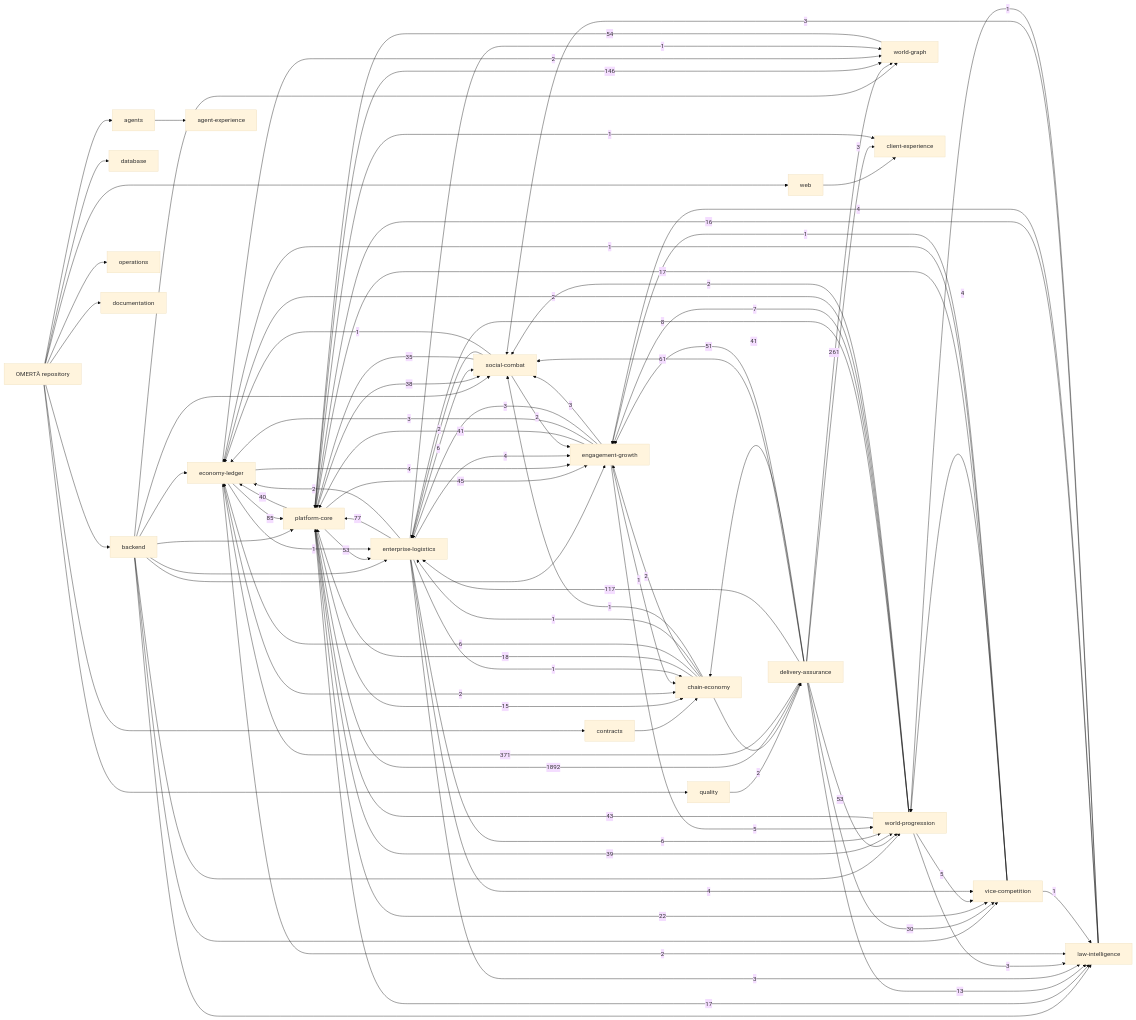
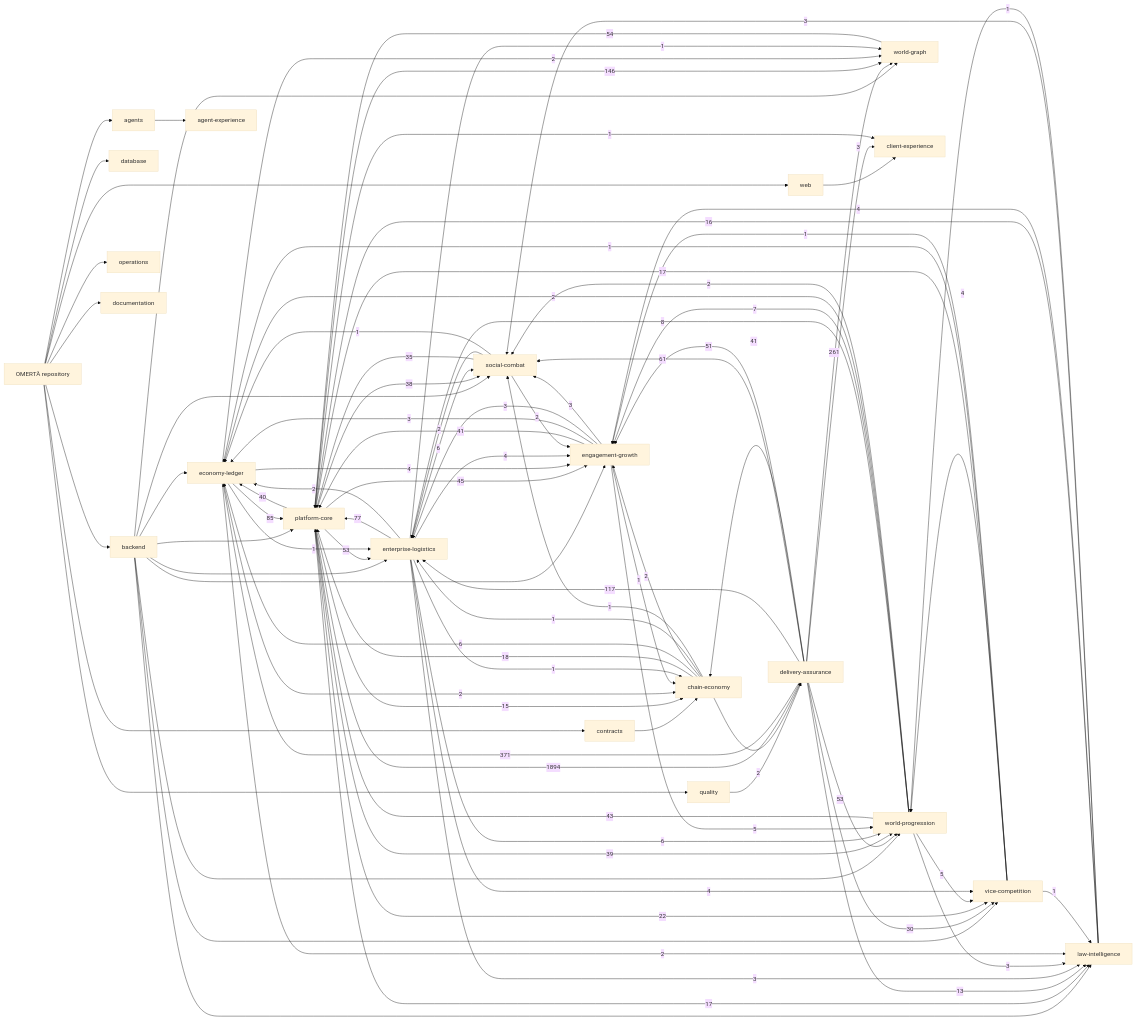
One commit to OmertaDev/Omerta changed the diagram in knowledge/generated/graph.mmd. Above: the diagram before and after it, drawn with Mermaid (base theme). The commit also changed 4 other files, not shown here.

```diff
--- a/knowledge/generated/graph.mmd
+++ b/knowledge/generated/graph.mmd
@@ -1,113 +1,113 @@
 flowchart LR
   repo["OMERTÀ repository"]
   sub_backend["backend"]
   repo --> sub_backend
   sub_database["database"]
   repo --> sub_database
   sub_web["web"]
   repo --> sub_web
   sub_contracts["contracts"]
   repo --> sub_contracts
   sub_agents["agents"]
   repo --> sub_agents
   sub_quality["quality"]
   repo --> sub_quality
   sub_operations["operations"]
   repo --> sub_operations
   sub_documentation["documentation"]
   repo --> sub_documentation
   dom_platform-core["platform-core"]
   dom_economy-ledger["economy-ledger"]
   dom_social-combat["social-combat"]
   dom_world-progression["world-progression"]
   dom_world-graph["world-graph"]
   dom_enterprise-logistics["enterprise-logistics"]
   dom_vice-competition["vice-competition"]
   dom_law-intelligence["law-intelligence"]
   dom_chain-economy["chain-economy"]
   dom_engagement-growth["engagement-growth"]
   dom_client-experience["client-experience"]
   dom_agent-experience["agent-experience"]
   dom_delivery-assurance["delivery-assurance"]
   sub_agents --> dom_agent-experience
   sub_backend --> dom_economy-ledger
   sub_backend --> dom_engagement-growth
   sub_backend --> dom_enterprise-logistics
   sub_backend --> dom_law-intelligence
   sub_backend --> dom_platform-core
   sub_backend --> dom_social-combat
   sub_backend --> dom_vice-competition
   sub_backend --> dom_world-graph
   sub_backend --> dom_world-progression
   sub_contracts --> dom_chain-economy
   sub_quality --> dom_delivery-assurance
   sub_web --> dom_client-experience
-  dom_delivery-assurance -->|1892| dom_platform-core
+  dom_delivery-assurance -->|1894| dom_platform-core
   dom_delivery-assurance -->|371| dom_economy-ledger
   dom_delivery-assurance -->|261| dom_world-graph
   dom_platform-core -->|146| dom_world-graph
   dom_delivery-assurance -->|117| dom_enterprise-logistics
   dom_economy-ledger -->|85| dom_platform-core
   dom_enterprise-logistics -->|77| dom_platform-core
   dom_delivery-assurance -->|61| dom_social-combat
   dom_world-graph -->|54| dom_platform-core
   dom_delivery-assurance -->|53| dom_world-progression
   dom_platform-core -->|53| dom_enterprise-logistics
   dom_delivery-assurance -->|51| dom_engagement-growth
   dom_platform-core -->|45| dom_engagement-growth
   dom_world-progression -->|43| dom_platform-core
   dom_delivery-assurance -->|41| dom_chain-economy
   dom_engagement-growth -->|41| dom_platform-core
   dom_platform-core -->|40| dom_economy-ledger
   dom_platform-core -->|39| dom_world-progression
   dom_platform-core -->|38| dom_social-combat
   dom_social-combat -->|35| dom_platform-core
   dom_delivery-assurance -->|30| dom_vice-competition
   dom_platform-core -->|22| dom_vice-competition
   dom_chain-economy -->|18| dom_platform-core
   dom_platform-core -->|17| dom_law-intelligence
   dom_vice-competition -->|17| dom_platform-core
   dom_law-intelligence -->|16| dom_platform-core
   dom_platform-core -->|15| dom_chain-economy
   dom_delivery-assurance -->|13| dom_law-intelligence
   dom_world-progression -->|8| dom_enterprise-logistics
   dom_world-progression -->|7| dom_engagement-growth
   dom_chain-economy -->|6| dom_economy-ledger
   dom_enterprise-logistics -->|6| dom_social-combat
   dom_enterprise-logistics -->|6| dom_world-progression
   dom_engagement-growth -->|5| dom_world-progression
   dom_world-progression -->|5| dom_vice-competition
   dom_economy-ledger -->|4| dom_engagement-growth
   dom_enterprise-logistics -->|4| dom_engagement-growth
   dom_enterprise-logistics -->|4| dom_vice-competition
   dom_law-intelligence -->|4| dom_engagement-growth
   dom_vice-competition -->|4| dom_world-progression
   dom_delivery-assurance -->|3| dom_client-experience
   dom_engagement-growth -->|3| dom_economy-ledger
   dom_engagement-growth -->|3| dom_enterprise-logistics
   dom_engagement-growth -->|3| dom_social-combat
   dom_enterprise-logistics -->|3| dom_law-intelligence
   dom_law-intelligence -->|3| dom_social-combat
   dom_world-progression -->|3| dom_law-intelligence
   dom_chain-economy -->|2| dom_delivery-assurance
   dom_chain-economy -->|2| dom_engagement-growth
   dom_economy-ledger -->|2| dom_chain-economy
   dom_economy-ledger -->|2| dom_law-intelligence
   dom_economy-ledger -->|2| dom_world-graph
   dom_enterprise-logistics -->|2| dom_economy-ledger
   dom_social-combat -->|2| dom_engagement-growth
   dom_social-combat -->|2| dom_enterprise-logistics
   dom_world-progression -->|2| dom_economy-ledger
   dom_world-progression -->|2| dom_social-combat
   dom_chain-economy -->|1| dom_enterprise-logistics
   dom_chain-economy -->|1| dom_social-combat
   dom_economy-ledger -->|1| dom_enterprise-logistics
   dom_engagement-growth -->|1| dom_chain-economy
   dom_enterprise-logistics -->|1| dom_chain-economy
   dom_enterprise-logistics -->|1| dom_world-graph
   dom_law-intelligence -->|1| dom_world-progression
   dom_platform-core -->|1| dom_client-experience
   dom_social-combat -->|1| dom_economy-ledger
   dom_vice-competition -->|1| dom_economy-ledger
   dom_vice-competition -->|1| dom_engagement-growth
   dom_vice-competition -->|1| dom_law-intelligence
```
